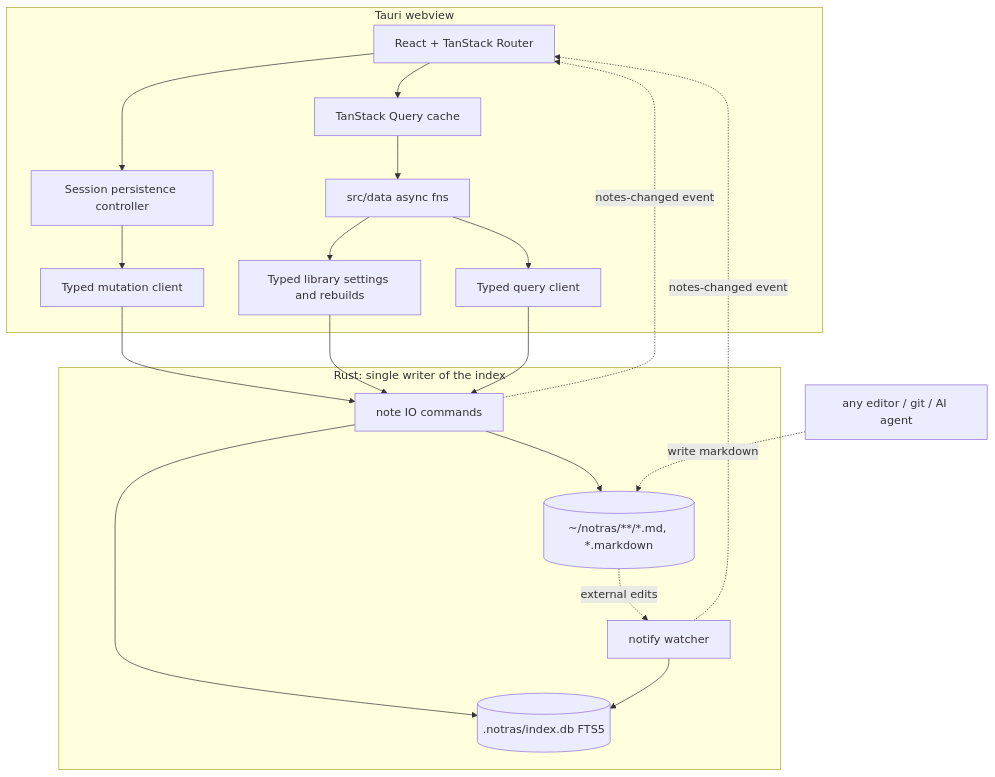
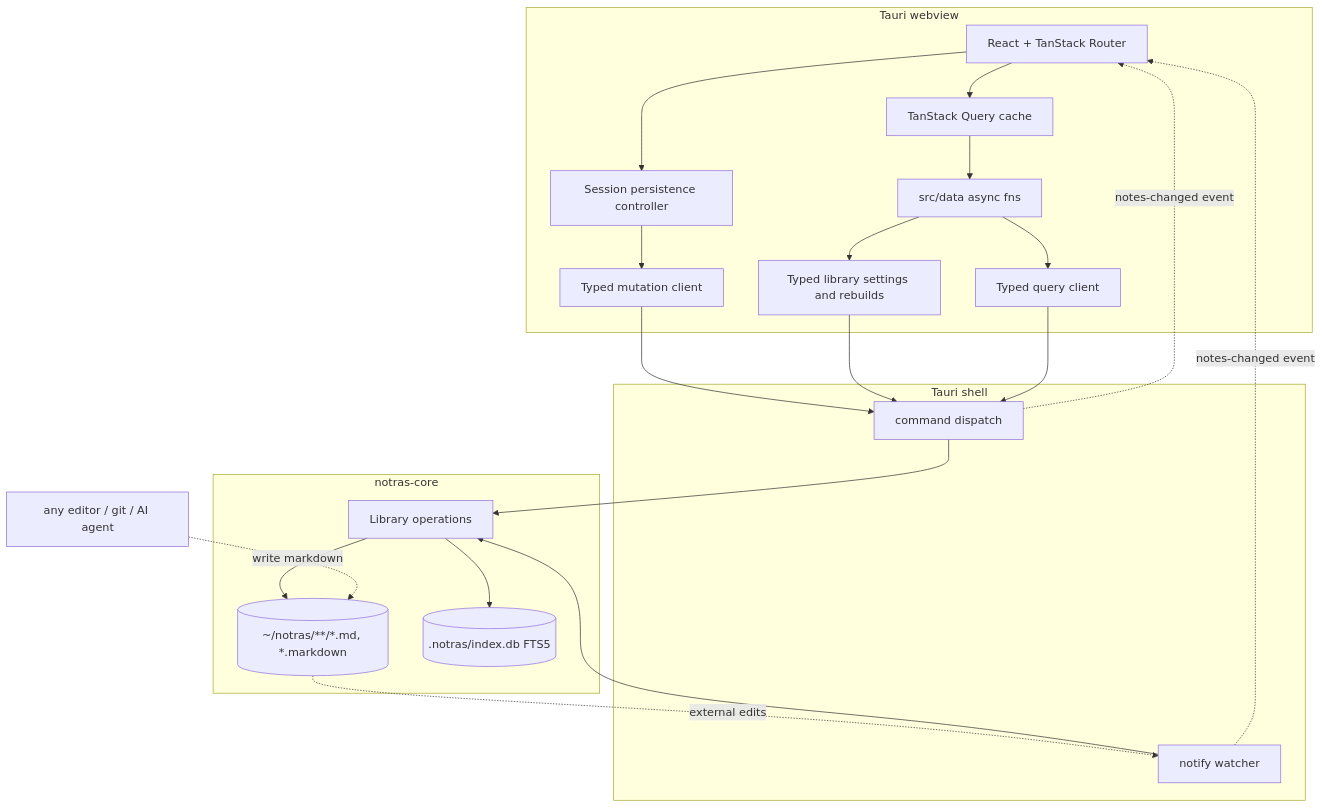
Before and after one commit to jimmy-guzman/notras: the diagram in ARCHITECTURE.md, drawn with Mermaid. The commit also changed other lines of this file and 27 other files, not shown here.

First line of the commit message:
refactor(rust): 🔄 extract the note engine

````diff
--- a/ARCHITECTURE.md
+++ b/ARCHITECTURE.md
@@ -24,25 +24,32 @@
 ```mermaid
 flowchart TD
     subgraph webview [Tauri webview]
         UI[React + TanStack Router] --> Query[TanStack Query cache]
         UI --> Persistence[Session persistence controller]
         Persistence --> Mutations[Typed mutation client]
         Query --> Data[src/data async fns]
         Data --> Reads[Typed query client]
         Data --> Library[Typed library settings and rebuilds]
     end
 
-    subgraph rust [Rust: single writer of the index]
-        Commands[note IO commands] --> Files[(~/notras/**/*.md, *.markdown)]
-        Commands --> IndexDb[(.notras/index.db FTS5)]
-        Watcher[notify watcher] --> IndexDb
-        Files -.external edits.-> Watcher
+    subgraph shell [Tauri shell]
+        Commands[command dispatch]
+        Watcher[notify watcher]
     end
+
+    subgraph engine [notras-core]
+        Operations[Library operations] --> Files[(~/notras/**/*.md, *.markdown)]
+        Operations --> IndexDb[(.notras/index.db FTS5)]
+    end
+
+    Commands --> Operations
+    Watcher --> Operations
+    Files -.external edits.-> Watcher
 
     Mutations --> Commands
     Library --> Commands
     Reads --> Commands
     Agents[any editor / git / AI agent] -.write markdown.-> Files
     Commands -. notes-changed event .-> UI
     Watcher -. notes-changed event .-> UI
 ```
````
